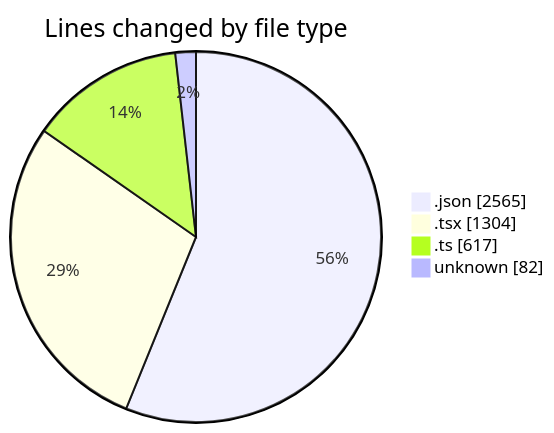
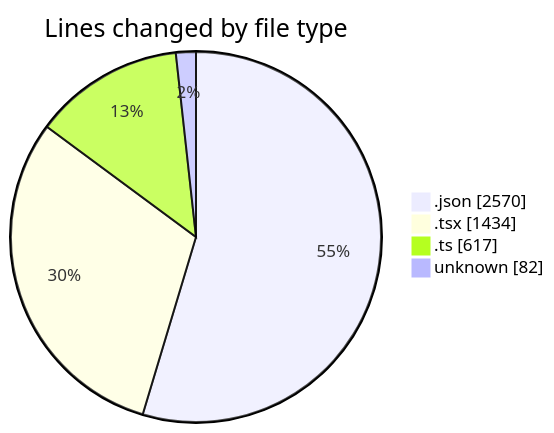
Before and after one commit to julien-gomy/code-tracking: the first of 2 diagrams in 2025-10-29/eventscop-frontend-guide__workspace_/README.md, drawn with Mermaid. The commit also changed other lines of this file and 1 other file, not shown here.

````diff
--- a/2025-10-29/eventscop-frontend-guide__workspace_/README.md
+++ b/2025-10-29/eventscop-frontend-guide__workspace_/README.md
@@ -47,8 +49,8 @@
 ```mermaid
 pie showData
 title Lines changed by file type
-".json" : 2565
-".tsx" : 1304
+".json" : 2570
+".tsx" : 1434
 ".ts" : 617
 "unknown" : 82
 ```
````
